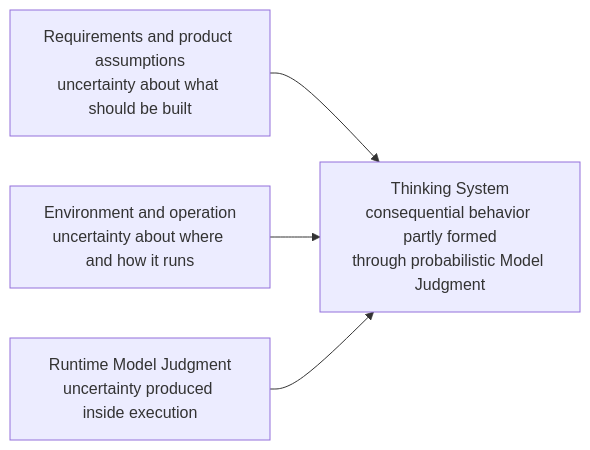
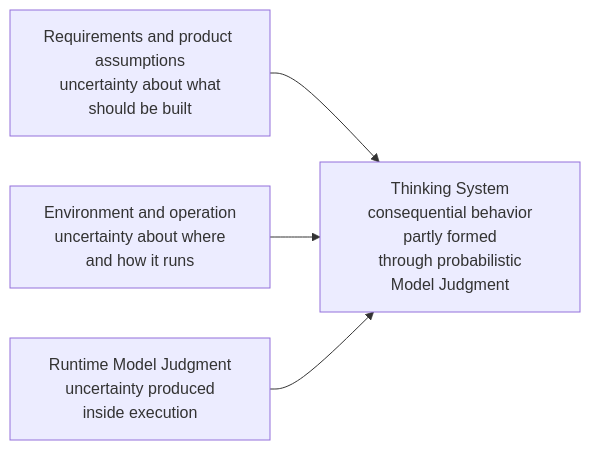
The fifth of 14 diagrams in content/research/notes/open-engineering-specification-article-draft.md (UncertaintyArchitectureGroup/uncertainty-architecture), drawn with Mermaid before and after one commit. The commit also changed other lines of this file, not shown here.

Commit message:
fix(research): stabilize Mermaid rendering

````diff
--- a/content/research/notes/open-engineering-specification-article-draft.md
+++ b/content/research/notes/open-engineering-specification-article-draft.md
@@ -260,11 +260,11 @@
 ```mermaid
 flowchart LR
-    R["Requirements and product assumptions<br/>uncertainty about what should be built"]
-    O["Environment and operation<br/>uncertainty about where and how it runs"]
-    J["Runtime Model Judgment<br/>uncertainty produced inside execution"]
-    S["Thinking System<br/>consequential behavior partly formed<br/>through probabilistic Model Judgment"]
+    R["Requirements and product assumptions<br/> uncertainty about what should be built"]
+    O["Environment and operation<br/> uncertainty about where and how it runs"]
+    J["Runtime Model Judgment<br/> uncertainty produced inside execution"]
+    S["Thinking System<br/> consequential behavior partly formed<br/> through probabilistic Model Judgment"]
 
     R --> S
     O --> S
     J --> S
 ```
````
